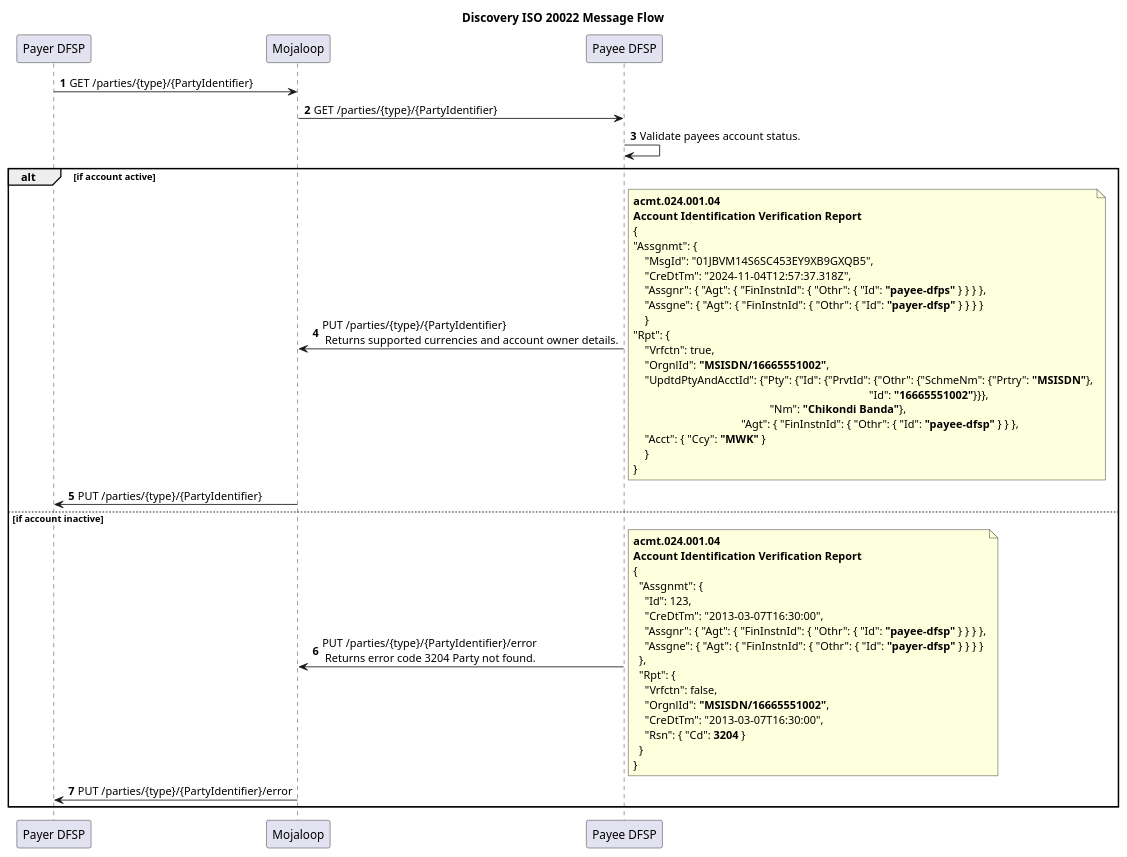
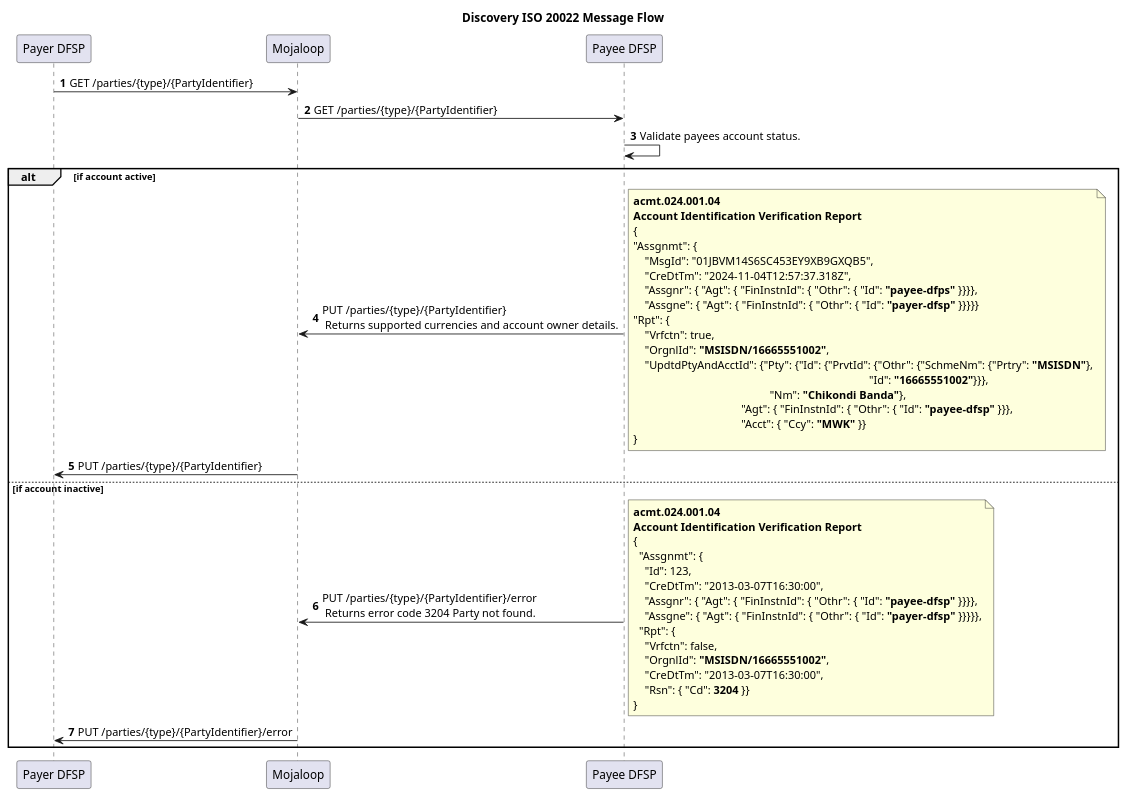
Before and after one commit to mojaloop/iso-20022-docs: the diagram in Workstream documents/MarketPracticeDoc/SequenceDiagrams/Discovery.plantuml, drawn with PlantUML. The commit also changed 50 other files, not shown here.

Commit message:
Added script to generate tables from Open API specification and XML ISO 20022 schema definitions. Completed message definitions.

```diff
--- a/Workstream documents/MarketPracticeDoc/SequenceDiagrams/Discovery.plantuml
+++ b/Workstream documents/MarketPracticeDoc/SequenceDiagrams/Discovery.plantuml
@@ -1,63 +1,59 @@
 @startuml
 
 Title Discovery ISO 20022 Message Flow
 participant PayerDFSP as "Payer DFSP"
 participant Mojaloop as "Mojaloop"
 participant PayeeDFSP as "Payee DFSP"
 
 autonumber
 
 PayerDFSP -> Mojaloop: GET /parties/{type}/{PartyIdentifier}
 Mojaloop -> PayeeDFSP: GET /parties/{type}/{PartyIdentifier}
 PayeeDFSP -> PayeeDFSP: Validate payees account status.
 alt if account active
 PayeeDFSP -> Mojaloop: PUT /parties/{type}/{PartyIdentifier} \n Returns supported currencies and account owner details.
 note right
 **acmt.024.001.04**
 **Account Identification Verification Report**
 {
 "Assgnmt": {
     "MsgId": "01JBVM14S6SC453EY9XB9GXQB5",
     "CreDtTm": "2024-11-04T12:57:37.318Z",
-    "Assgnr": { "Agt": { "FinInstnId": { "Othr": { "Id": **"payee-dfps"** } } } },
-    "Assgne": { "Agt": { "FinInstnId": { "Othr": { "Id": **"payer-dfsp"** } } } }
-    }
+    "Assgnr": { "Agt": { "FinInstnId": { "Othr": { "Id": **"payee-dfps"** }}}},
+    "Assgne": { "Agt": { "FinInstnId": { "Othr": { "Id": **"payer-dfsp"** }}}}}
 "Rpt": {
     "Vrfctn": true,
     "OrgnlId": **"MSISDN/16665551002"**,
     "UpdtdPtyAndAcctId": {"Pty": {"Id": {"PrvtId": {"Othr": {"SchmeNm": {"Prtry": **"MSISDN"**},
                                                                                    "Id": **"16665551002"**}}},
                                                 "Nm": **"Chikondi Banda"**},
-                                      "Agt": { "FinInstnId": { "Othr": { "Id": **"payee-dfsp"** } } },
-    "Acct": { "Ccy": **"MWK"** }
-    }
+                                      "Agt": { "FinInstnId": { "Othr": { "Id": **"payee-dfsp"** }}},
+                                      "Acct": { "Ccy": **"MWK"** }}
 }
 end note
 Mojaloop -> PayerDFSP: PUT /parties/{type}/{PartyIdentifier}
 
 else if account inactive
 
 PayeeDFSP -> Mojaloop: PUT /parties/{type}/{PartyIdentifier}/error \n Returns error code 3204 Party not found.
 note right
 **acmt.024.001.04**
 **Account Identification Verification Report**
 {
   "Assgnmt": {
     "Id": 123,
     "CreDtTm": "2013-03-07T16:30:00",
-    "Assgnr": { "Agt": { "FinInstnId": { "Othr": { "Id": **"payee-dfsp"** } } } },
-    "Assgne": { "Agt": { "FinInstnId": { "Othr": { "Id": **"payer-dfsp"** } } } }
-  },
+    "Assgnr": { "Agt": { "FinInstnId": { "Othr": { "Id": **"payee-dfsp"** }}}},
+    "Assgne": { "Agt": { "FinInstnId": { "Othr": { "Id": **"payer-dfsp"** }}}}},
   "Rpt": {
     "Vrfctn": false,
     "OrgnlId": **"MSISDN/16665551002"**,
     "CreDtTm": "2013-03-07T16:30:00",
-    "Rsn": { "Cd": **3204** }
-  }
+    "Rsn": { "Cd": **3204** }}
 }
 end note
 Mojaloop -> PayerDFSP: PUT /parties/{type}/{PartyIdentifier}/error
 
 end
 
 @enduml
```
